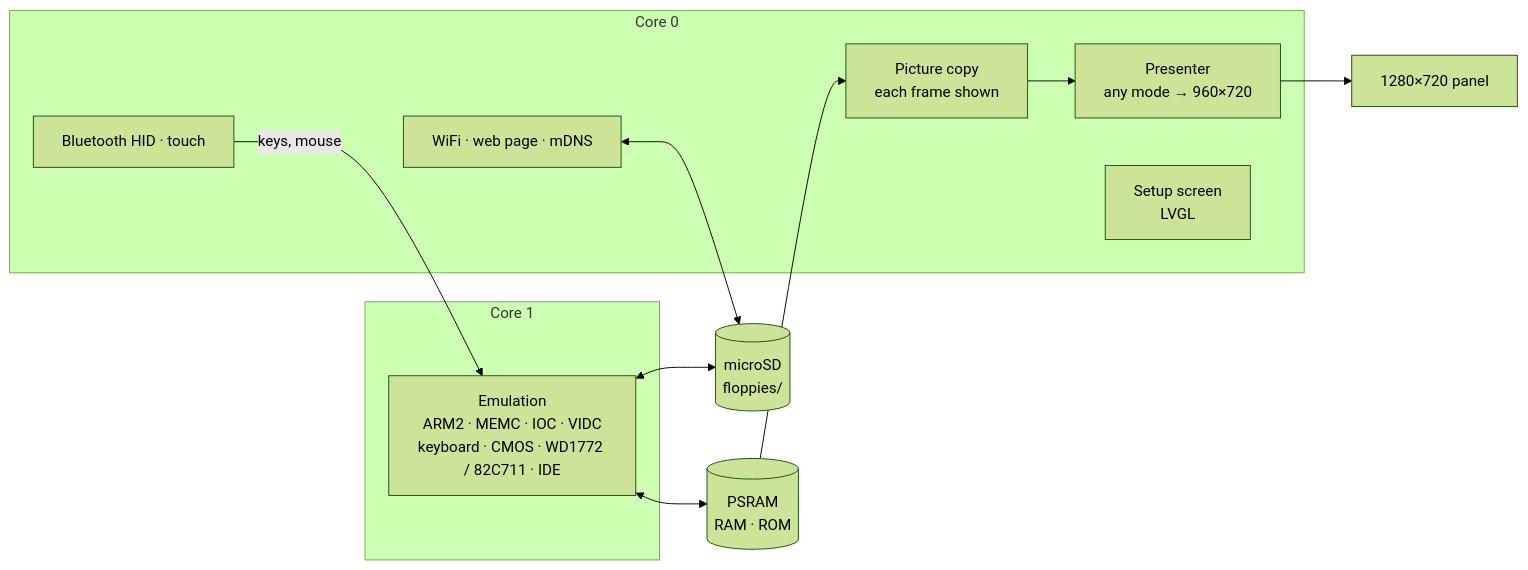
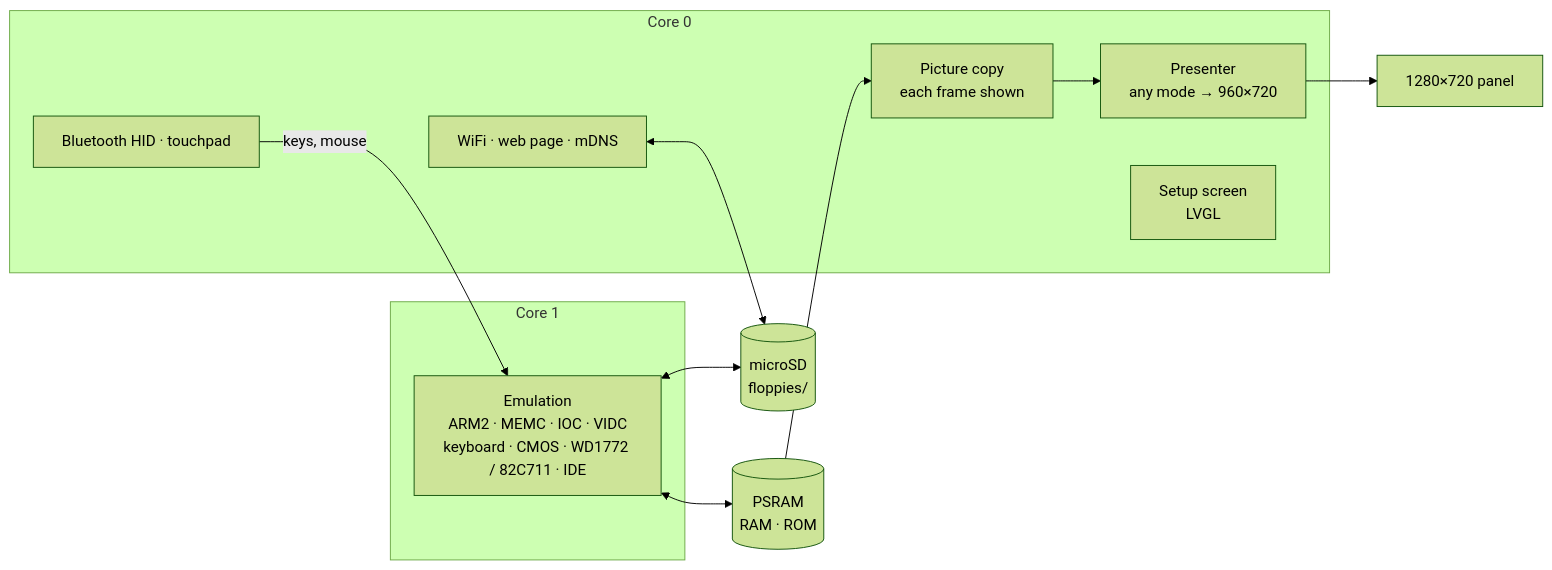
The diagram in README.md (rlucencic/esp32arc), drawn with Mermaid (forest theme) before and after one commit. The commit also changed other lines of this file and 2 other files, not shown here.

First line of the commit message:
The touch screen as a touchpad, not the pointer steered to the finger

````diff
--- a/README.md
+++ b/README.md
@@ -234,22 +235,22 @@
 ```mermaid
 flowchart LR
   subgraph core1 [Core 1]
     EMU["Emulation<br>ARM2 · MEMC · IOC · VIDC<br>keyboard · CMOS · WD1772 / 82C711 · IDE"]
   end
   subgraph core0 [Core 0]
     COPY[Picture copy<br>each frame shown]
     PRES[Presenter<br>any mode → 960×720]
     UI[Setup screen<br>LVGL]
     NET[WiFi · web page · mDNS]
-    BLE[Bluetooth HID · touch]
+    BLE[Bluetooth HID · touchpad]
   end
   PSRAM[(PSRAM<br>RAM · ROM)]
   SD[(microSD<br>floppies/)]
   EMU <--> PSRAM
   PSRAM --> COPY
   COPY --> PRES
   PRES --> LCD[1280×720 panel]
   BLE -- keys, mouse --> EMU
   EMU <--> SD
   NET <--> SD
 ```
````
